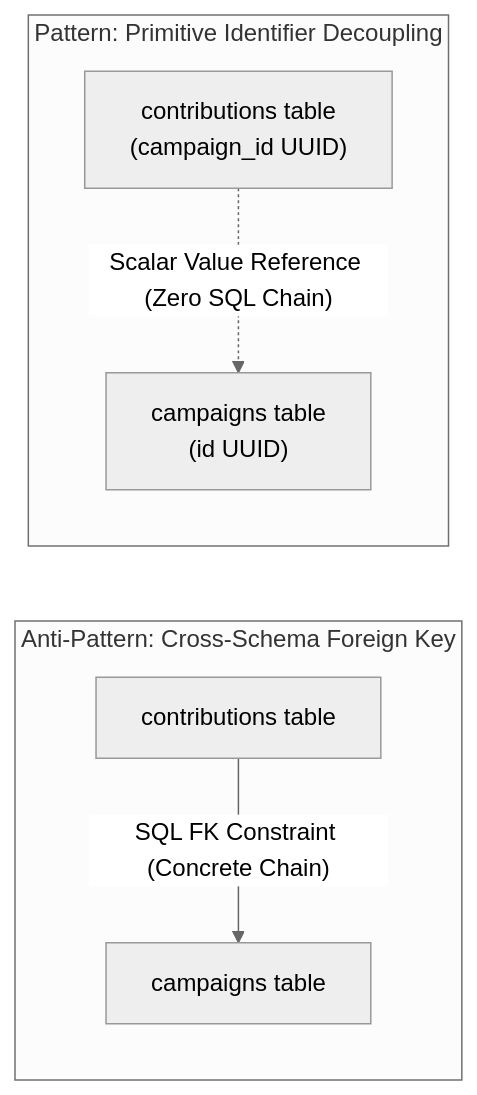
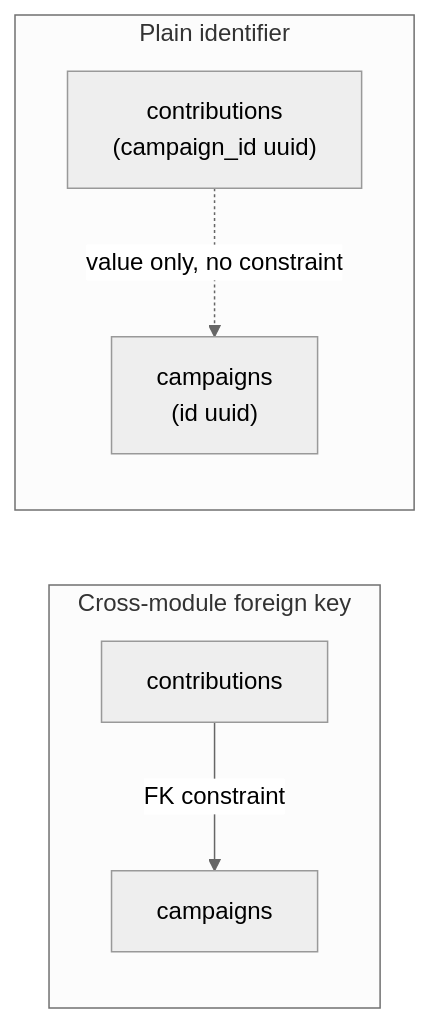
Before and after one commit to maysamgamini/crowdfundinghub: the first of 4 diagrams in educational/04-architect-gold-notes/key-mental-models-for-students.md, drawn with Mermaid (neutral theme). The commit also changed other lines of this file and 203 other files, not shown here.

````diff
--- a/educational/04-architect-gold-notes/key-mental-models-for-students.md
+++ b/educational/04-architect-gold-notes/key-mental-models-for-students.md
@@ -33,9 +29,9 @@
 ```mermaid
 graph LR
-    subgraph BadDesign["Anti-Pattern: Cross-Schema Foreign Key"]
-        T1["contributions table"] -->|"SQL FK Constraint (Concrete Chain)"| T2["campaigns table"]
+    subgraph Bad["Cross-module foreign key"]
+        T1["contributions"] -->|"FK constraint"| T2["campaigns"]
     end
-    subgraph GoodDesign["Pattern: Primitive Identifier Decoupling"]
-        T3["contributions table<br/>(campaign_id UUID)"] -. "Scalar Value Reference (Zero SQL Chain)" .-> T4["campaigns table<br/>(id UUID)"]
+    subgraph Good["Plain identifier"]
+        T3["contributions<br/>(campaign_id uuid)"] -. "value only, no constraint" .-> T4["campaigns<br/>(id uuid)"]
     end
 ```
````
